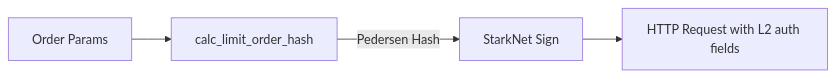
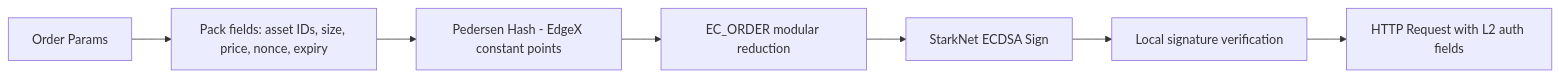
One commit to AlephTX/aleph-tx changed the diagram in src/exchanges/edgex/CLAUDE.md. Above: the diagram before and after it, drawn with Mermaid. The commit also changed other lines of this file and 11 other files, not shown here.

````diff
--- a/src/exchanges/edgex/CLAUDE.md
+++ b/src/exchanges/edgex/CLAUDE.md
@@ -30,6 +34,9 @@
 ```mermaid
 graph LR
-    ORD[Order Params] --> HASH[calc_limit_order_hash]
-    HASH -->|Pedersen Hash| SIG[StarkNet Sign]
-    SIG --> REQ[HTTP Request with L2 auth fields]
+    ORD[Order Params] --> PACK[Pack fields: asset IDs, size, price, nonce, expiry]
+    PACK --> HASH[Pedersen Hash - EdgeX constant points]
+    HASH --> MOD[EC_ORDER modular reduction]
+    MOD --> SIGN[StarkNet ECDSA Sign]
+    SIGN --> VERIFY[Local signature verification]
+    VERIFY --> REQ[HTTP Request with L2 auth fields]
 ```
````
